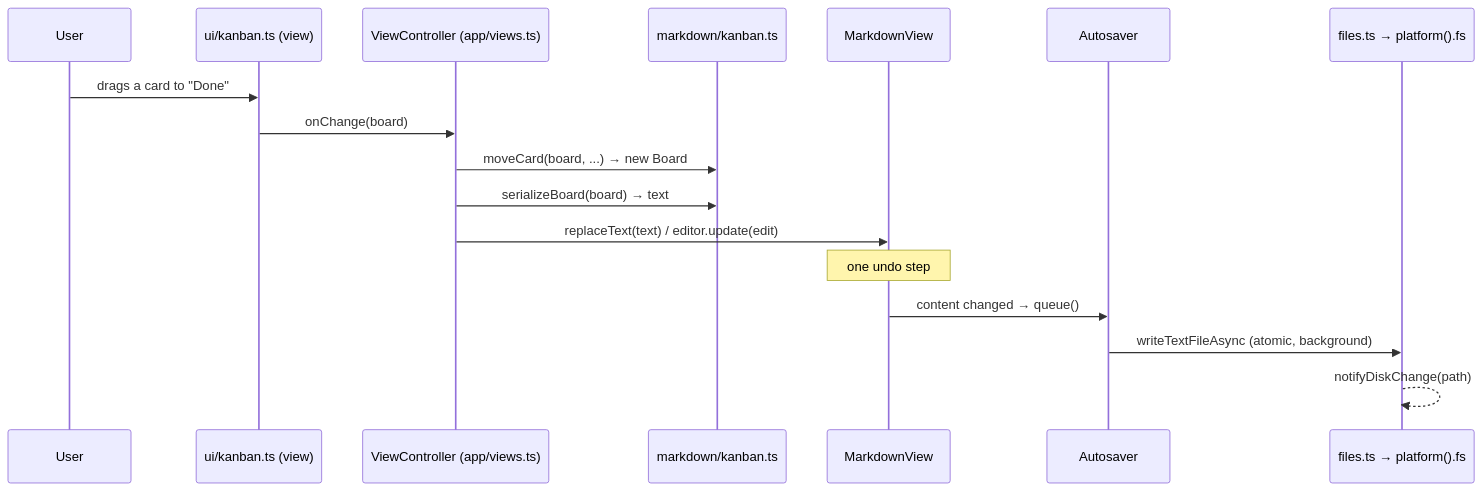
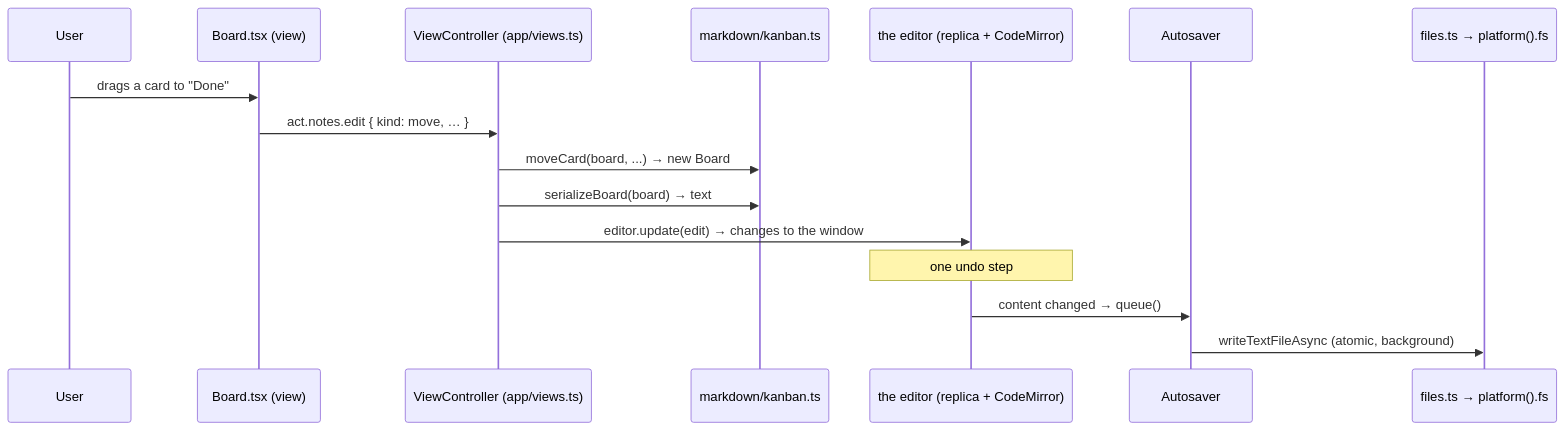
One commit to EkaPutCom/markwork changed the tenth of 16 diagrams in docs/ONBOARDING.md. Above: the diagram before and after it, drawn with Mermaid. The commit also changed other lines of this file and 111 other files, not shown here.

````diff
--- a/docs/ONBOARDING.md
+++ b/docs/ONBOARDING.md
@@ -415,19 +359,18 @@
 ```mermaid
 sequenceDiagram
     participant U as User
-    participant K as ui/kanban.ts (view)
+    participant B as Board.tsx (view)
     participant V as ViewController (app/views.ts)
     participant M as markdown/kanban.ts
-    participant E as MarkdownView
+    participant E as the editor (replica + CodeMirror)
     participant AS as Autosaver
     participant FS as files.ts → platform().fs
-    U->>K: drags a card to "Done"
-    K->>V: onChange(board)
+    U->>B: drags a card to "Done"
+    B->>V: act.notes.edit { kind: move, … }
     V->>M: moveCard(board, ...) → new Board
     V->>M: serializeBoard(board) → text
-    V->>E: replaceText(text) / editor.update(edit)
+    V->>E: editor.update(edit) → changes to the window
     Note over E: one undo step
     E->>AS: content changed → queue()
     AS->>FS: writeTextFileAsync (atomic, background)
-    FS-->>FS: notifyDiskChange(path)
 ```
````
